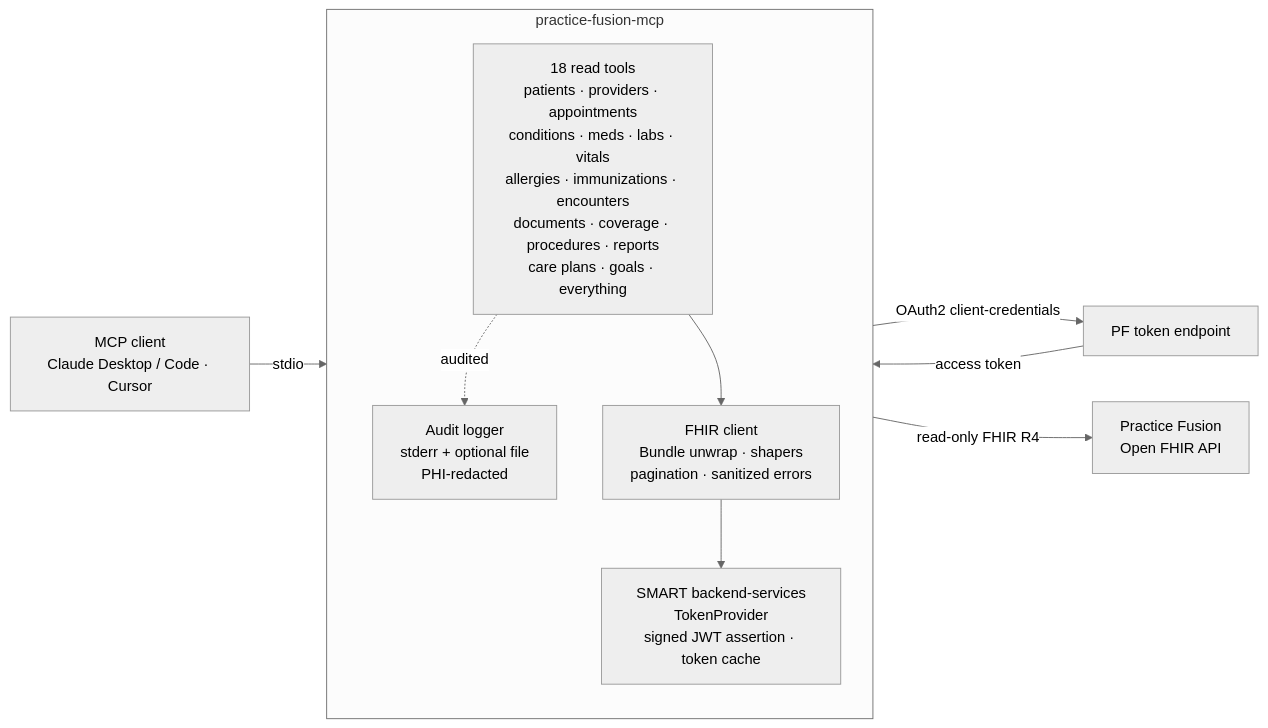
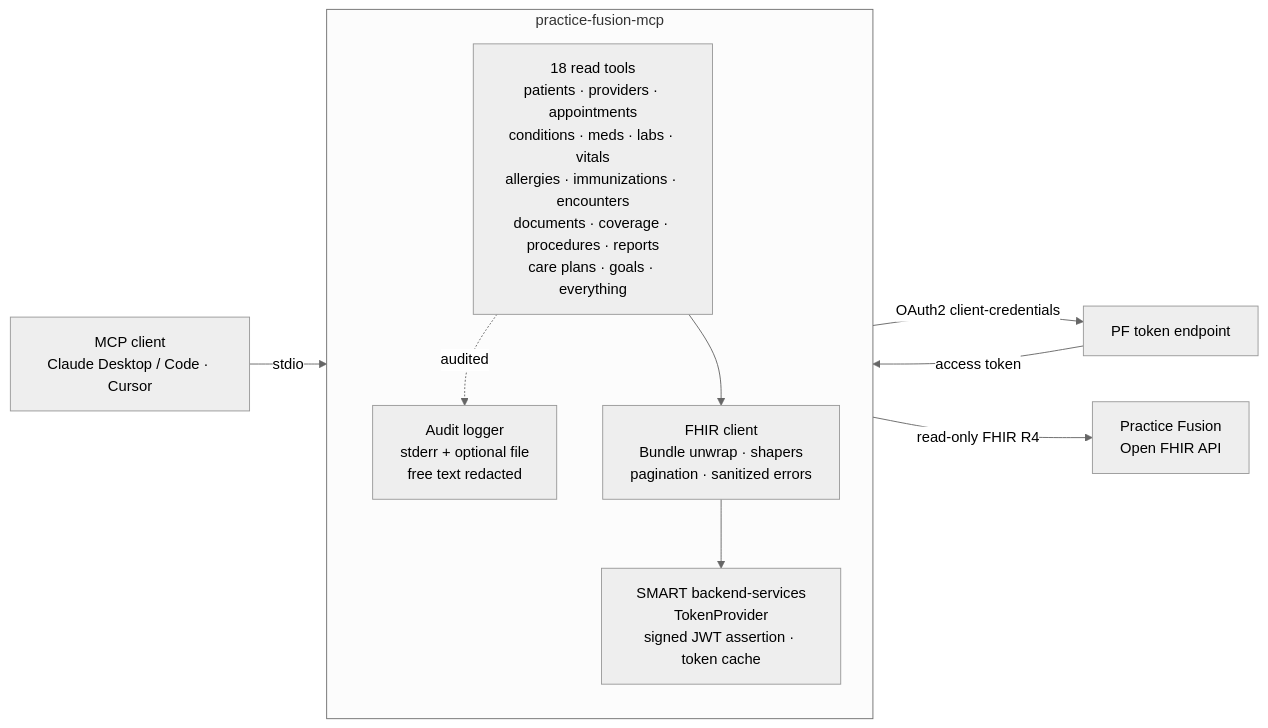
Before and after one commit to CDVolvik/practice-fusion-mcp: the diagram in README.md, drawn with Mermaid (neutral theme). The commit also changed other lines of this file and 3 other files, not shown here.

````diff
--- a/README.md
+++ b/README.md
@@ -37,19 +38,19 @@
 ```mermaid
 flowchart LR
     C["MCP client<br/>Claude Desktop / Code · Cursor"] -- stdio --> S
 
     subgraph S["practice-fusion-mcp"]
       direction TB
       T["18 read tools<br/>patients · providers · appointments<br/>conditions · meds · labs · vitals<br/>allergies · immunizations · encounters<br/>documents · coverage · procedures · reports<br/>care plans · goals · everything"]
-      A["Audit logger<br/>stderr + optional file<br/>PHI-redacted"]
+      A["Audit logger<br/>stderr + optional file<br/>free text redacted"]
       F["FHIR client<br/>Bundle unwrap · shapers<br/>pagination · sanitized errors"]
       TP["SMART backend-services<br/>TokenProvider<br/>signed JWT assertion · token cache"]
       T -. audited .-> A
       T --> F
       F --> TP
     end
 
     TP -- "OAuth2 client-credentials" --> AUTH["PF token endpoint"]
     F -- "read-only FHIR R4" --> PF["Practice Fusion<br/>Open FHIR API"]
     AUTH -- access token --> F
 ```
````
